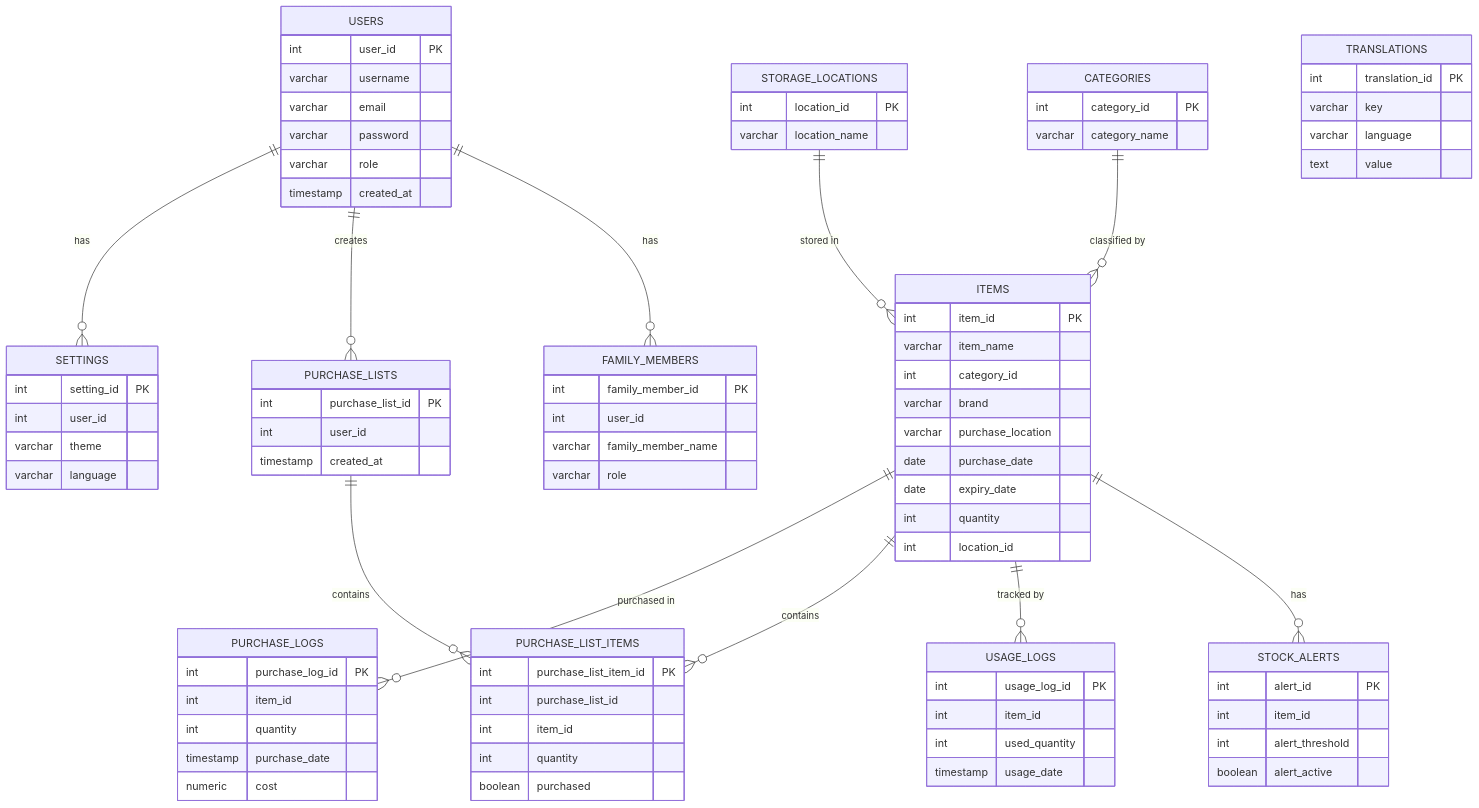
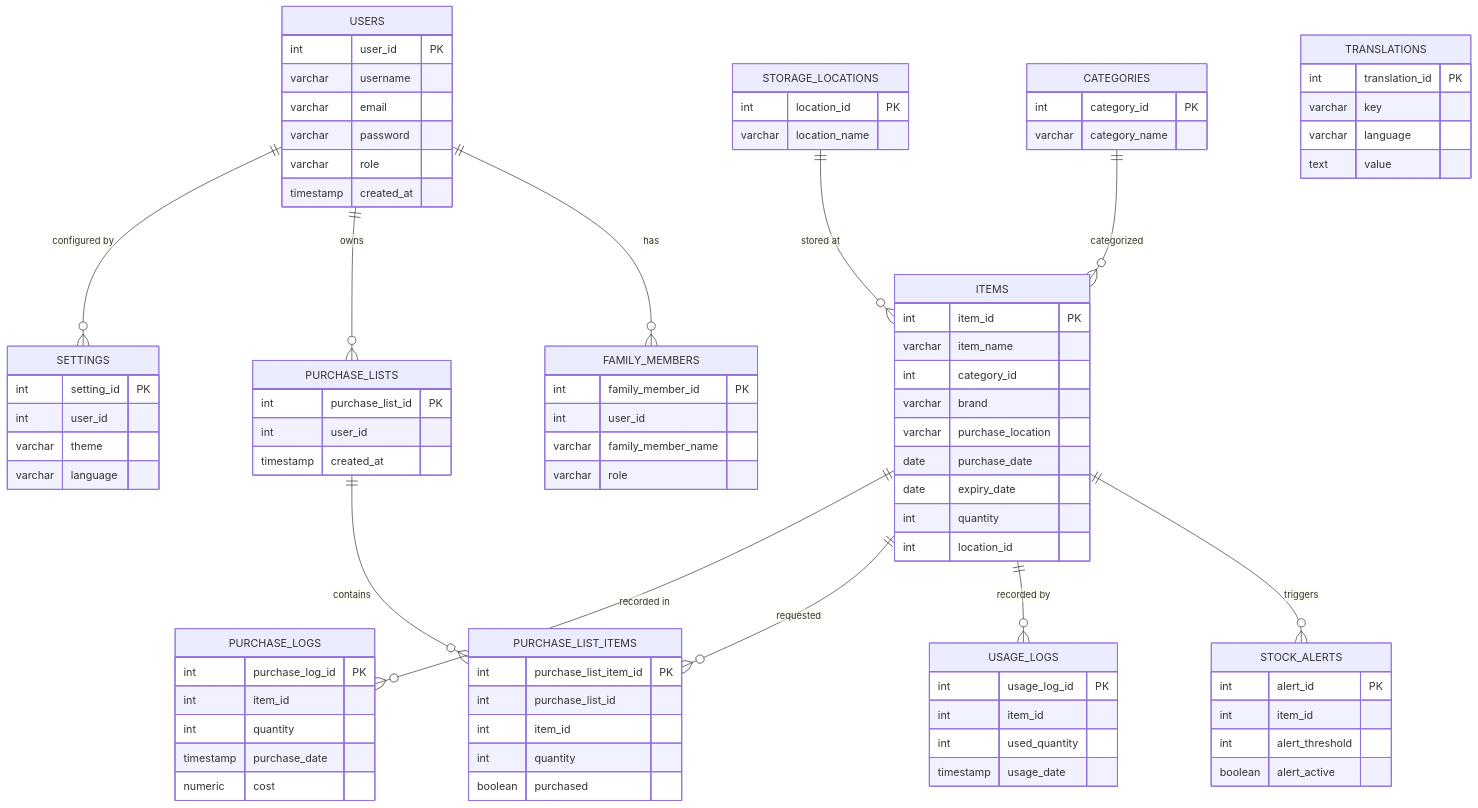
Before and after one commit to soyotime0118/homeInventorySystem: the diagram in readme.md, drawn with Mermaid. The commit also changed 8 other files, not shown here.

````diff
--- a/readme.md
+++ b/readme.md
@@ -111,6 +111,7 @@
         varchar family_member_name
         varchar role
     }
+    USERS ||--o{ FAMILY_MEMBERS : "has"
 
     CATEGORIES {
         int category_id PK
@@ -133,6 +134,8 @@
         int quantity
         int location_id
     }
+    CATEGORIES ||--o{ ITEMS : "categorized"
+    STORAGE_LOCATIONS ||--o{ ITEMS : "stored at"
 
     STOCK_ALERTS {
         int alert_id PK
@@ -140,6 +143,7 @@
         int alert_threshold
         boolean alert_active
     }
+    ITEMS ||--o{ STOCK_ALERTS : "triggers"
 
     USAGE_LOGS {
         int usage_log_id PK
@@ -147,12 +151,14 @@
         int used_quantity
         timestamp usage_date
     }
+    ITEMS ||--o{ USAGE_LOGS : "recorded by"
 
     PURCHASE_LISTS {
         int purchase_list_id PK
         int user_id
         timestamp created_at
     }
+    USERS ||--o{ PURCHASE_LISTS : "owns"
 
     PURCHASE_LIST_ITEMS {
         int purchase_list_item_id PK
@@ -161,6 +167,8 @@
         int quantity
         boolean purchased
     }
+    PURCHASE_LISTS ||--o{ PURCHASE_LIST_ITEMS : "contains"
+    ITEMS ||--o{ PURCHASE_LIST_ITEMS : "requested"
 
     PURCHASE_LOGS {
         int purchase_log_id PK
@@ -169,6 +177,7 @@
         timestamp purchase_date
         numeric cost
     }
+    ITEMS ||--o{ PURCHASE_LOGS : "recorded in"
 
     SETTINGS {
         int setting_id PK
@@ -176,6 +185,7 @@
         varchar theme
         varchar language
     }
+    USERS ||--o{ SETTINGS : "configured by"
 
     TRANSLATIONS {
         int translation_id PK
@@ -183,18 +193,4 @@
         varchar language
         text value
     }
-
-    USERS ||--o{ FAMILY_MEMBERS : "has"
-    USERS ||--o{ PURCHASE_LISTS : "creates"
-    USERS ||--o{ SETTINGS : "has"
-
-    CATEGORIES ||--o{ ITEMS : "classified by"
-    STORAGE_LOCATIONS ||--o{ ITEMS : "stored in"
-
-    ITEMS ||--o{ STOCK_ALERTS : "has"
-    ITEMS ||--o{ USAGE_LOGS : "tracked by"
-    ITEMS ||--o{ PURCHASE_LIST_ITEMS : "contains"
-    ITEMS ||--o{ PURCHASE_LOGS : "purchased in"
-
-    PURCHASE_LISTS ||--o{ PURCHASE_LIST_ITEMS : "contains"
 ```
````
